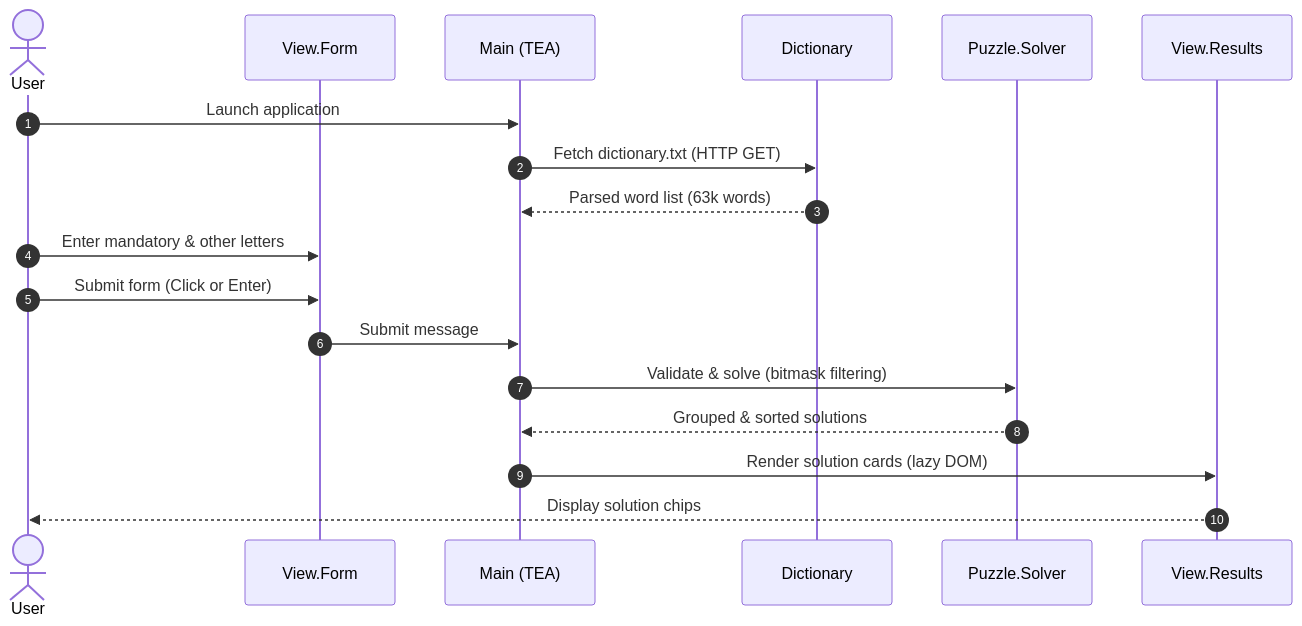
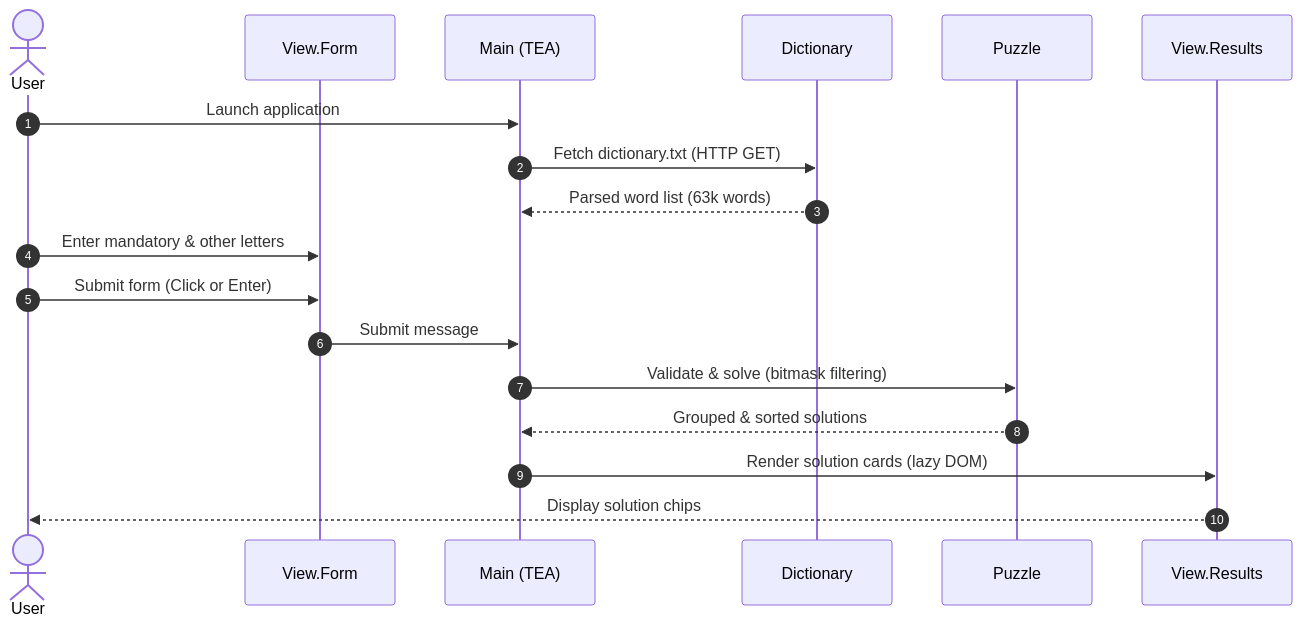
The third of 3 diagrams in README.md (frankhjung/elm-wordpuzzle), drawn with Mermaid before and after one commit. The commit also changed other lines of this file and 5 other files, not shown here.

````diff
--- a/README.md
+++ b/README.md
@@ -92,21 +92,21 @@
 ```mermaid
 sequenceDiagram
   autonumber
   actor User as User
   participant Form as View.Form
   participant Main as Main (TEA)
   participant Dict as Dictionary
-  participant Solver as Puzzle.Solver
+  participant Solver as Puzzle
   participant Results as View.Results
 
   User->>Main: Launch application
   Main->>Dict: Fetch dictionary.txt (HTTP GET)
   Dict-->>Main: Parsed word list (63k words)
   User->>Form: Enter mandatory & other letters
   User->>Form: Submit form (Click or Enter)
   Form->>Main: Submit message
   Main->>Solver: Validate & solve (bitmask filtering)
   Solver-->>Main: Grouped & sorted solutions
   Main->>Results: Render solution cards (lazy DOM)
   Results-->>User: Display solution chips
 ```
````
